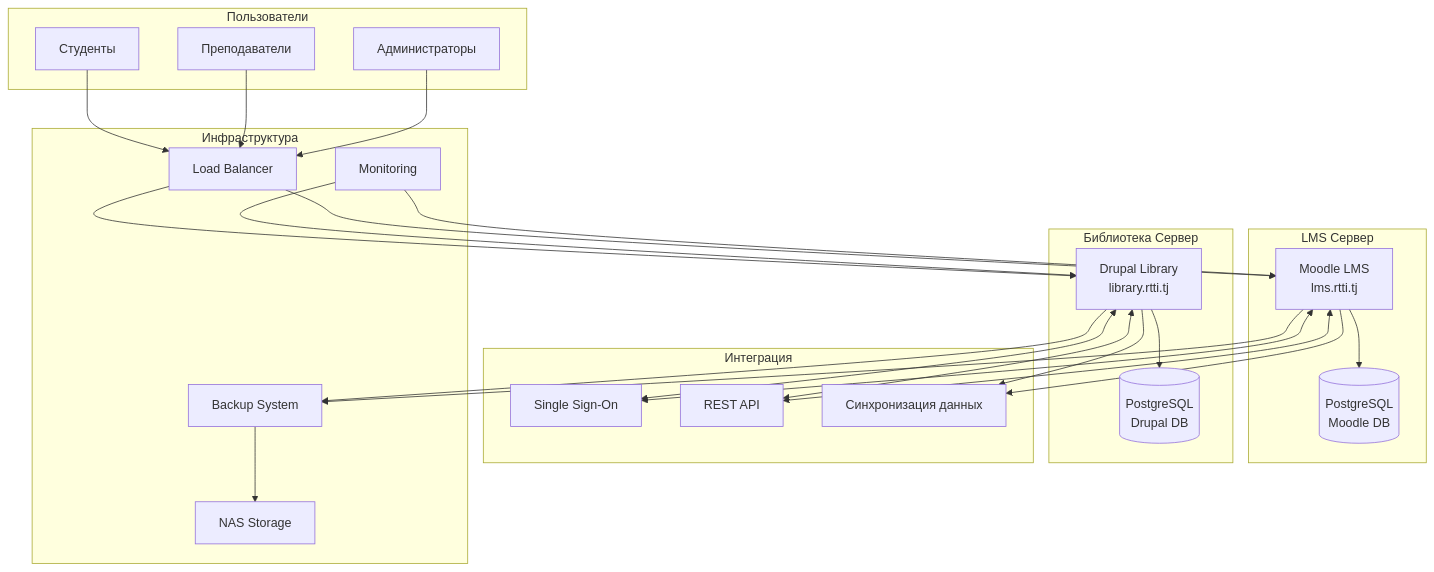
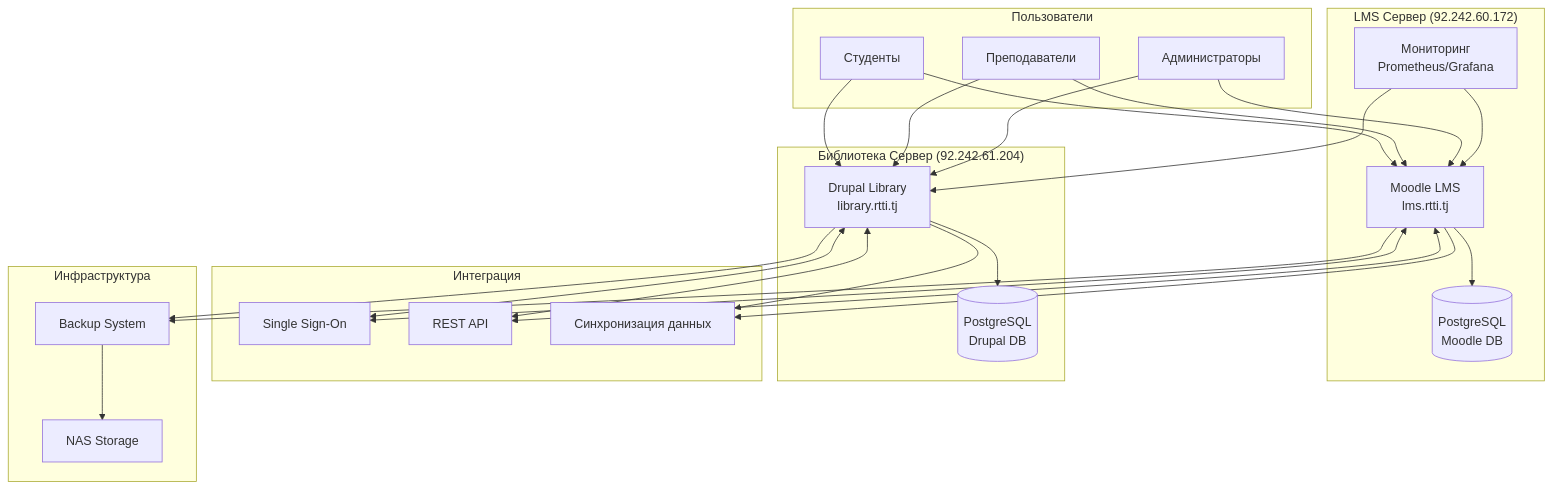
Before and after one commit to cheptura/LMS_Drupal: the diagram in README.md, drawn with Mermaid. The commit also changed other lines of this file and 7 other files, not shown here.

````diff
--- a/README.md
+++ b/README.md
@@ -234,48 +238,48 @@
 ```mermaid
 graph TB
     subgraph "Пользователи"
         U1[Студенты]
         U2[Преподаватели]
         U3[Администраторы]
     end
     
-    subgraph "LMS Сервер"
+    subgraph "LMS Сервер (92.242.60.172)"
         M[Moodle LMS<br/>lms.rtti.tj]
         M --> MDB[(PostgreSQL<br/>Moodle DB)]
+        MON[Мониторинг<br/>Prometheus/Grafana]
     end
     
-    subgraph "Библиотека Сервер"
+    subgraph "Библиотека Сервер (92.242.61.204)"
         D[Drupal Library<br/>library.rtti.tj]
         D --> DDB[(PostgreSQL<br/>Drupal DB)]
     end
     
     subgraph "Интеграция"
         SSO[Single Sign-On]
         API[REST API]
         SYNC[Синхронизация данных]
     end
     
     subgraph "Инфраструктура"
-        LB[Load Balancer]
         NAS[NAS Storage]
         BACKUP[Backup System]
-        MON[Monitoring]
     end
     
-    U1 --> LB
-    U2 --> LB
-    U3 --> LB
-    LB --> M
-    LB --> D
+    U1 --> M
+    U2 --> M
+    U3 --> M
+    U1 --> D
+    U2 --> D
+    U3 --> D
     M <--> SSO
     D <--> SSO
     M <--> API
     D <--> API
     M --> SYNC
     D --> SYNC
     M --> BACKUP
     D --> BACKUP
     BACKUP --> NAS
     MON --> M
     MON --> D
 ```
````
